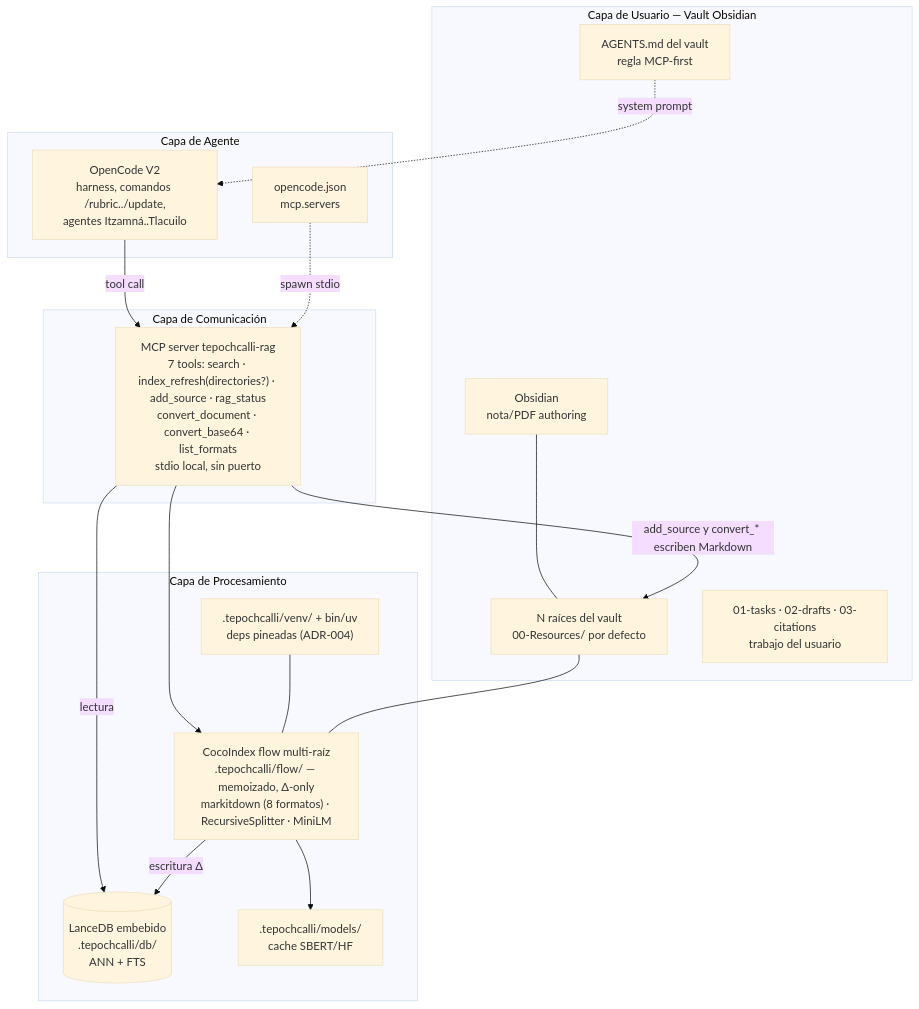
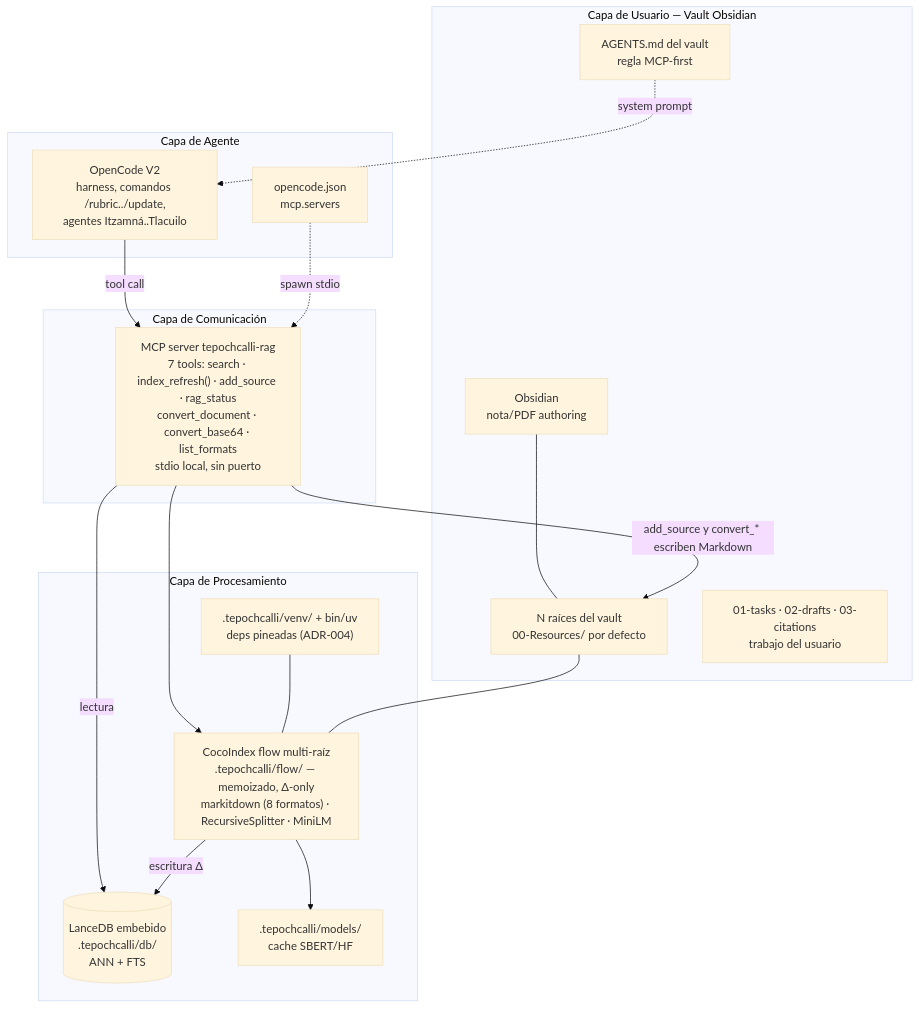
The first of 5 diagrams in docs/ARCHITECTURE.md (Fisherk2/tepochcalli-opencode), drawn with Mermaid (base theme) before and after one commit. The commit also changed other lines of this file and 15 other files, not shown here.

````diff
--- a/docs/ARCHITECTURE.md
+++ b/docs/ARCHITECTURE.md
@@ -17,37 +17,37 @@
 ```mermaid
 graph TB
     subgraph USUARIO["Capa de Usuario — Vault Obsidian"]
         OB["Obsidian<br/>nota/PDF authoring"]
         RES["N raíces del vault<br/>00-Resources/ por defecto"]
         WORK["01-tasks · 02-drafts · 03-citations<br/>trabajo del usuario"]
         VAG["AGENTS.md del vault<br/>regla MCP-first"]
     end
 
     subgraph AGENTE["Capa de Agente"]
         OC["OpenCode V2<br/>harness, comandos /rubric../update,<br/>agentes Itzamná..Tlacuilo"]
         CFG["opencode.json<br/>mcp.servers"]
     end
 
     subgraph MCP["Capa de Comunicación"]
-        RAG["MCP server tepochcalli-rag<br/>7 tools: search · index_refresh(directories?) · add_source · rag_status<br/>convert_document · convert_base64 · list_formats<br/>stdio local, sin puerto"]
+        RAG["MCP server tepochcalli-rag<br/>7 tools: search · index_refresh() · add_source · rag_status<br/>convert_document · convert_base64 · list_formats<br/>stdio local, sin puerto"]
     end
 
     subgraph ENGINE["Capa de Procesamiento"]
         FLOW["CocoIndex flow multi-raíz<br/>.tepochcalli/flow/ — memoizado, Δ-only<br/>markitdown (8 formatos) · RecursiveSplitter · MiniLM"]
         DB[("LanceDB embebido<br/>.tepochcalli/db/<br/>ANN + FTS")]
         MODELS[".tepochcalli/models/<br/>cache SBERT/HF"]
         VENV[".tepochcalli/venv/ + bin/uv<br/>deps pineadas (ADR-004)"]
     end
 
     OB --- RES
     OC -->|tool call| RAG
     RAG --> FLOW
     RAG -->|lectura| DB
     FLOW -->|escritura Δ| DB
     FLOW --> MODELS
     RAG -->|add_source y convert_* escriben Markdown| RES
     VAG -.->|system prompt| OC
     CFG -.->|spawn stdio| RAG
     VENV --- FLOW
     RES --- FLOW
 ```
````
